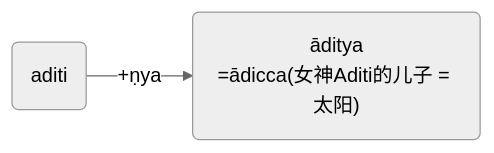
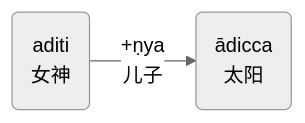
Diagram 35 of 42 in src/derivative/bheda.md (iapt-platform/pali-handbook), drawn with Mermaid (neutral theme) before and after one commit. The commit also changed other lines of this file, not shown here.

```diff
--- a/src/derivative/bheda.md
+++ b/src/derivative/bheda.md
@@ -262,6 +311,6 @@
 <div class="mermaid">
 flowchart LR
-X("aditi")
-Y("āditya<br>=ādicca(女神Aditi的儿子 = 太阳)")
-X--"+ṇya"-->Y
+X("aditi<br>女神")
+Y("ādicca<br>太阳")
+X--"+ṇya<br>儿子"-->Y
 </div>
```
